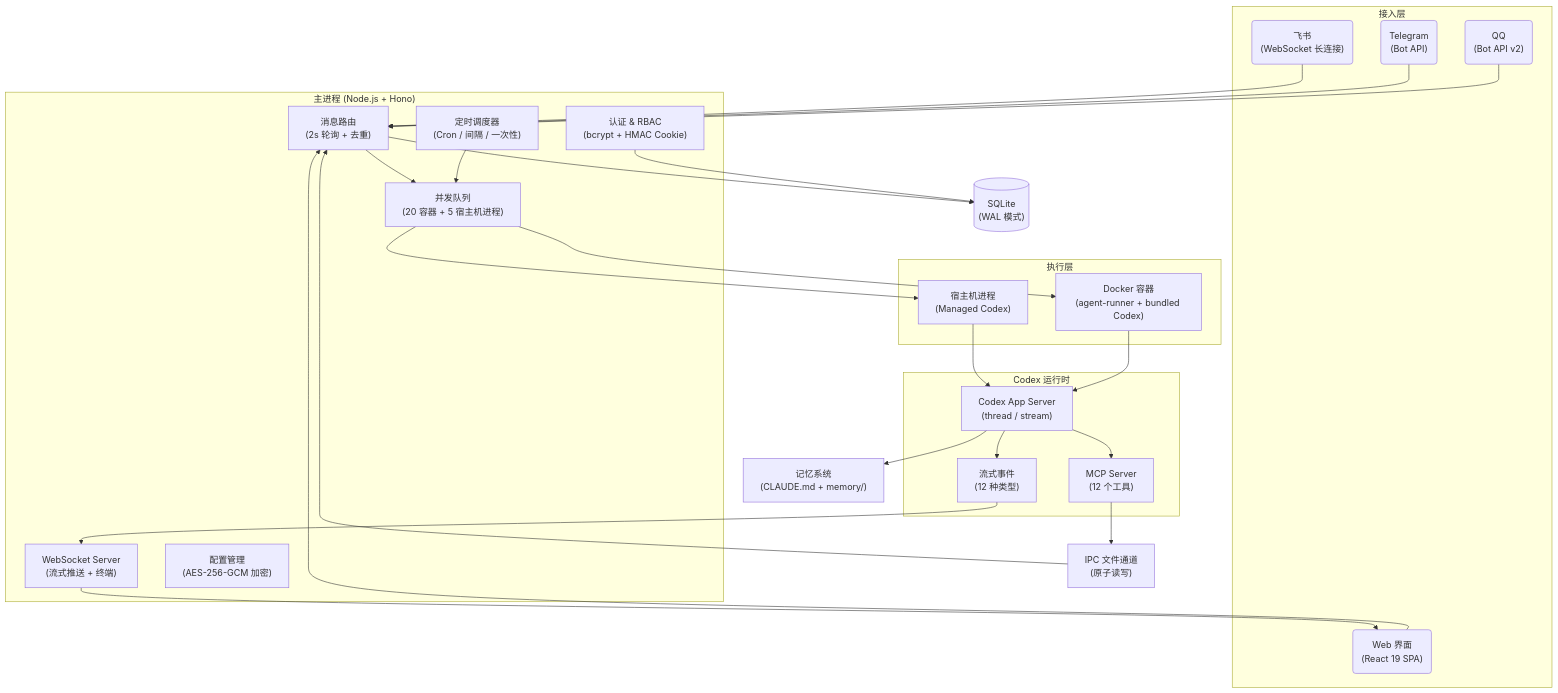
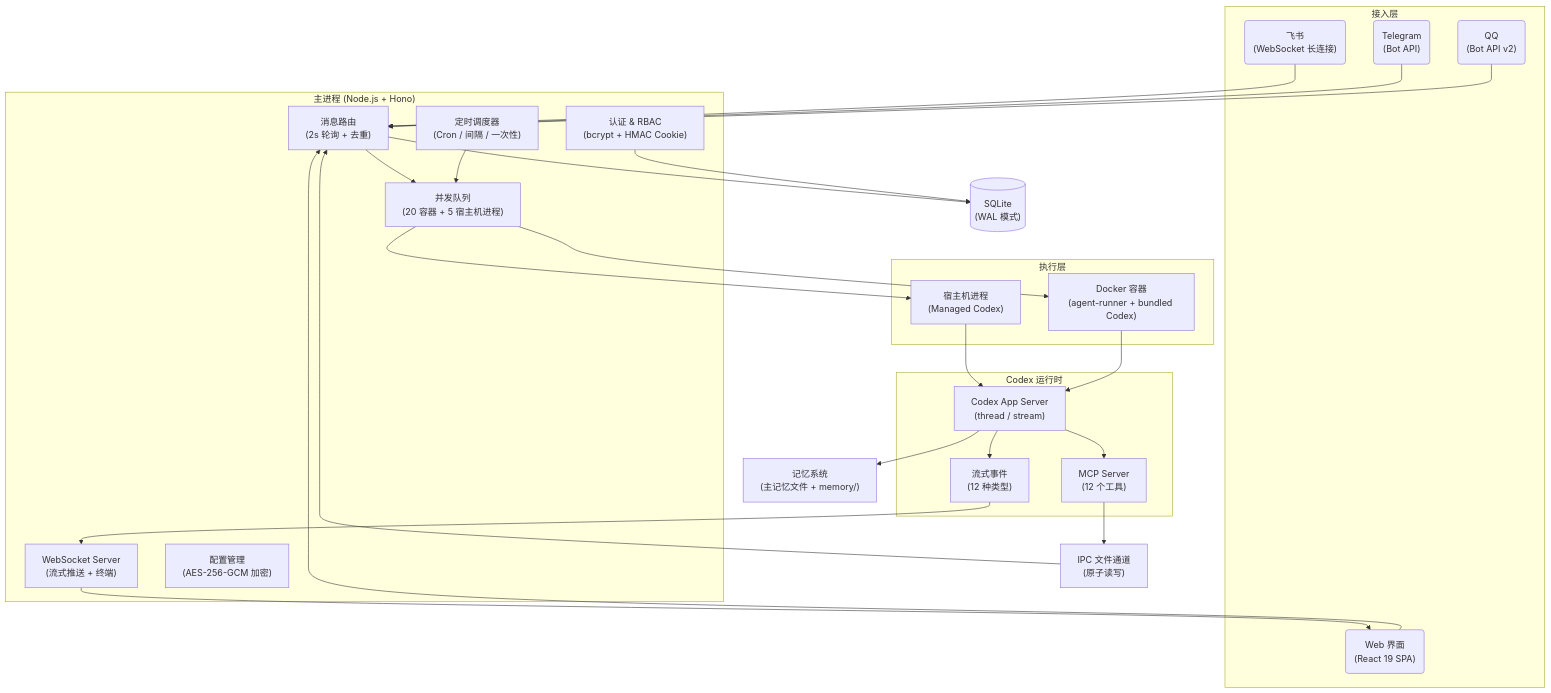
The diagram in README.md (jtsang4/happypaw), drawn with Mermaid before and after one commit. The commit also changed other lines of this file and 5 other files, not shown here.

Commit message:
fix: remove Claude wording from memory surfaces

````diff
--- a/README.md
+++ b/README.md
@@ -365,66 +365,66 @@
 ```mermaid
 flowchart TD
     subgraph 接入层
         Feishu("飞书<br/>(WebSocket 长连接)")
         Telegram("Telegram<br/>(Bot API)")
         QQ("QQ<br/>(Bot API v2)")
         Web("Web 界面<br/>(React 19 SPA)")
     end
 
     subgraph 主进程["主进程 (Node.js + Hono)"]
         Router["消息路由<br/>(2s 轮询 + 去重)"]
         Queue["并发队列<br/>(20 容器 + 5 宿主机进程)"]
         Scheduler["定时调度器<br/>(Cron / 间隔 / 一次性)"]
         WS["WebSocket Server<br/>(流式推送 + 终端)"]
         Auth["认证 & RBAC<br/>(bcrypt + HMAC Cookie)"]
         Config["配置管理<br/>(AES-256-GCM 加密)"]
     end
 
     subgraph 执行层
         Host["宿主机进程<br/>(Managed Codex)"]
         Container["Docker 容器<br/>(agent-runner + bundled Codex)"]
     end
 
     subgraph Agent["Codex 运行时"]
         SDK["Codex App Server<br/>(thread / stream)"]
         MCP["MCP Server<br/>(12 个工具)"]
         Stream["流式事件<br/>(12 种类型)"]
     end
 
     DB[("SQLite<br/>(WAL 模式)")]
     IPC["IPC 文件通道<br/>(原子读写)"]
-    Memory["记忆系统<br/>(CLAUDE.md + memory/)"]
+    Memory["记忆系统<br/>(主记忆文件 + memory/)"]
 
     Feishu --> Router
     Telegram --> Router
     QQ --> Router
     Web --> Router
 
     Router --> Queue
     Queue --> Host
     Queue --> Container
     Scheduler --> Queue
 
     Host --> SDK
     Container --> SDK
     SDK --> MCP
     SDK --> Stream
 
     MCP --> IPC
     IPC --> Router
 
     Stream --> WS
     WS --> Web
 
     Router --> DB
     Auth --> DB
     SDK --> Memory
 
     class Feishu,Telegram,QQ,Web fe
     class Router,Queue,Scheduler,WS,Auth,Config svc
     class DB db
     class Host,Container faas
     class SDK,MCP,Stream faas
     class IPC cfg
     class Memory cfg
 ```
````
